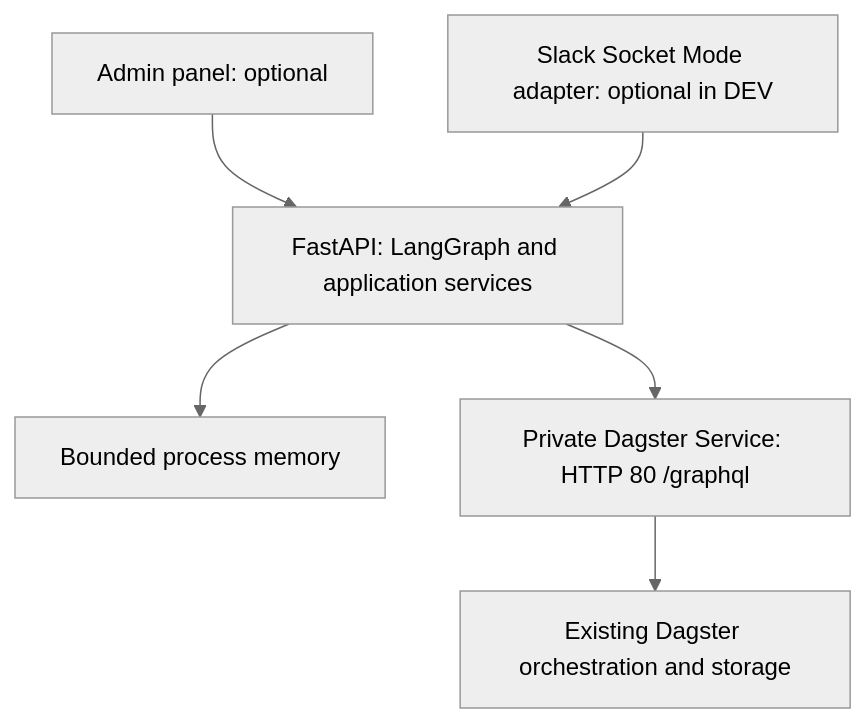
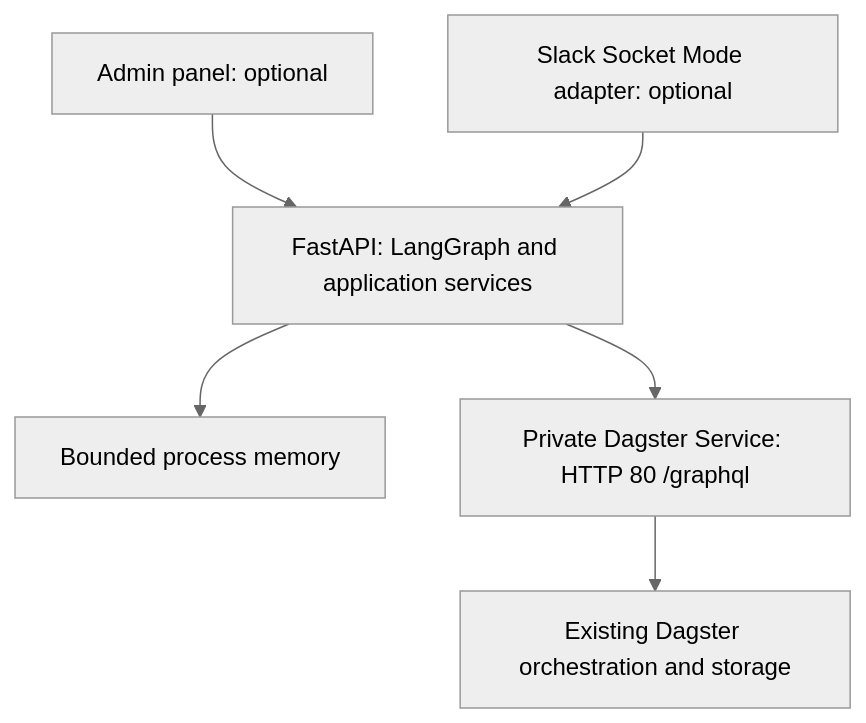
The first of 2 diagrams in openspec/changes/add-dagster-slackbot/design.md (raiaman15/slackbot), drawn with Mermaid (neutral theme) before and after one commit. The commit also changed other lines of this file and 6 other files, not shown here.

````diff
--- a/openspec/changes/add-dagster-slackbot/design.md
+++ b/openspec/changes/add-dagster-slackbot/design.md
@@ -19,8 +19,8 @@
 ```mermaid
 flowchart TD
   U["Admin panel: optional"] --> A["FastAPI: LangGraph and application services"]
-  S["Slack Socket Mode adapter: optional in DEV"] --> A
+  S["Slack Socket Mode adapter: optional"] --> A
   A --> M["Bounded process memory"]
   A --> D["Private Dagster Service: HTTP 80 /graphql"]
   D --> R["Existing Dagster orchestration and storage"]
 ```
````
